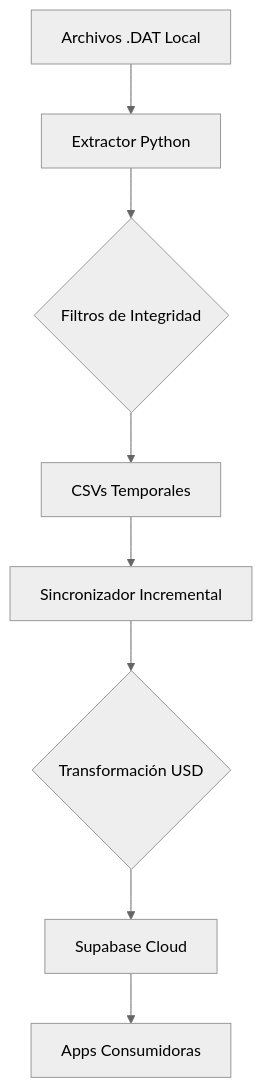
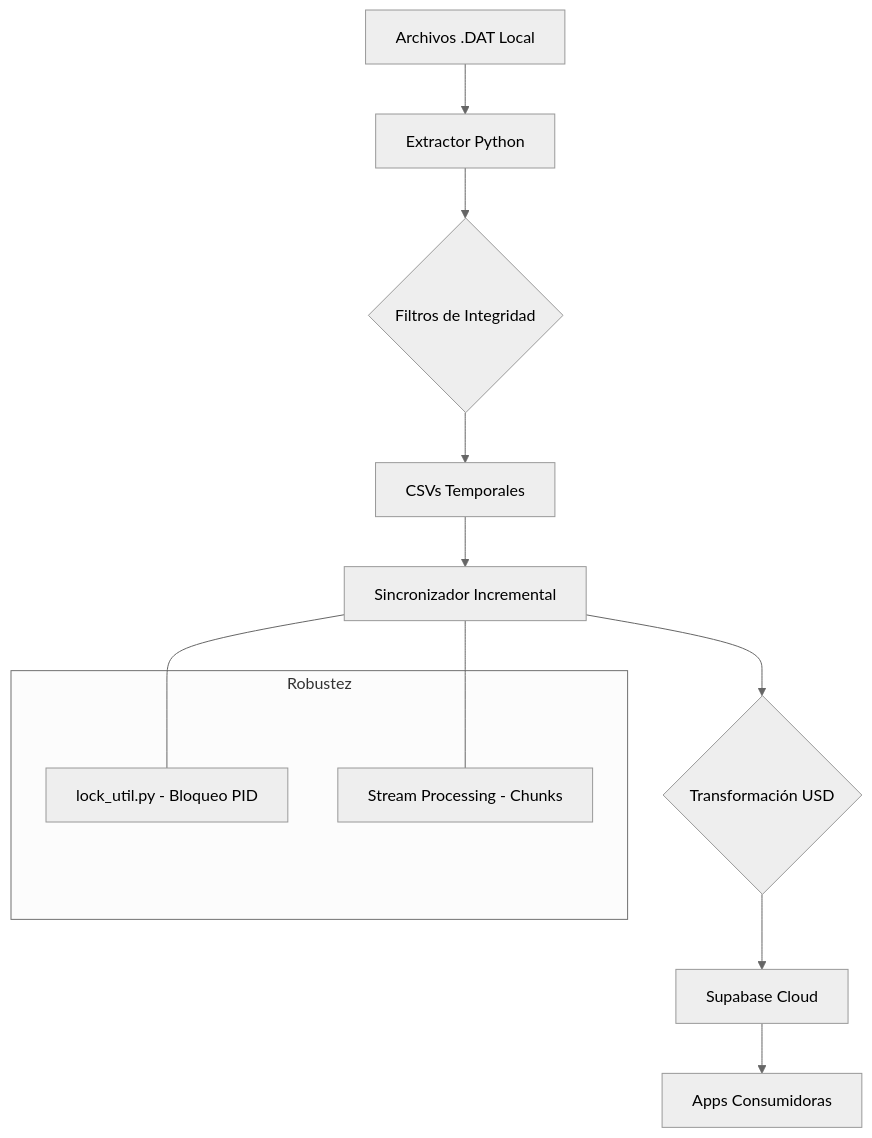
The diagram in ARCHITECTURE.md (Gus2708/Hybrid-on-cloud), drawn with Mermaid (neutral theme) before and after one commit. The commit also changed other lines of this file and 4 other files, not shown here.

Commit message:
refactor: modularize sync engines, implement streaming and PID-based process locking, and update documentation for system architecture and testing.

````diff
--- a/ARCHITECTURE.md
+++ b/ARCHITECTURE.md
@@ -7,10 +7,17 @@
 ```mermaid
 graph TD
     A[Archivos .DAT Local] --> B[Extractor Python]
     B --> C{Filtros de Integridad}
     C --> D[CSVs Temporales]
     D --> E[Sincronizador Incremental]
     E --> F{Transformación USD}
     F --> G[Supabase Cloud]
     G --> H[Apps Consumidoras]
+    
+    subgraph Robustez
+        I[lock_util.py - Bloqueo PID]
+        J[Stream Processing - Chunks]
+    end
+    E --- I
+    E --- J
 ```
````
